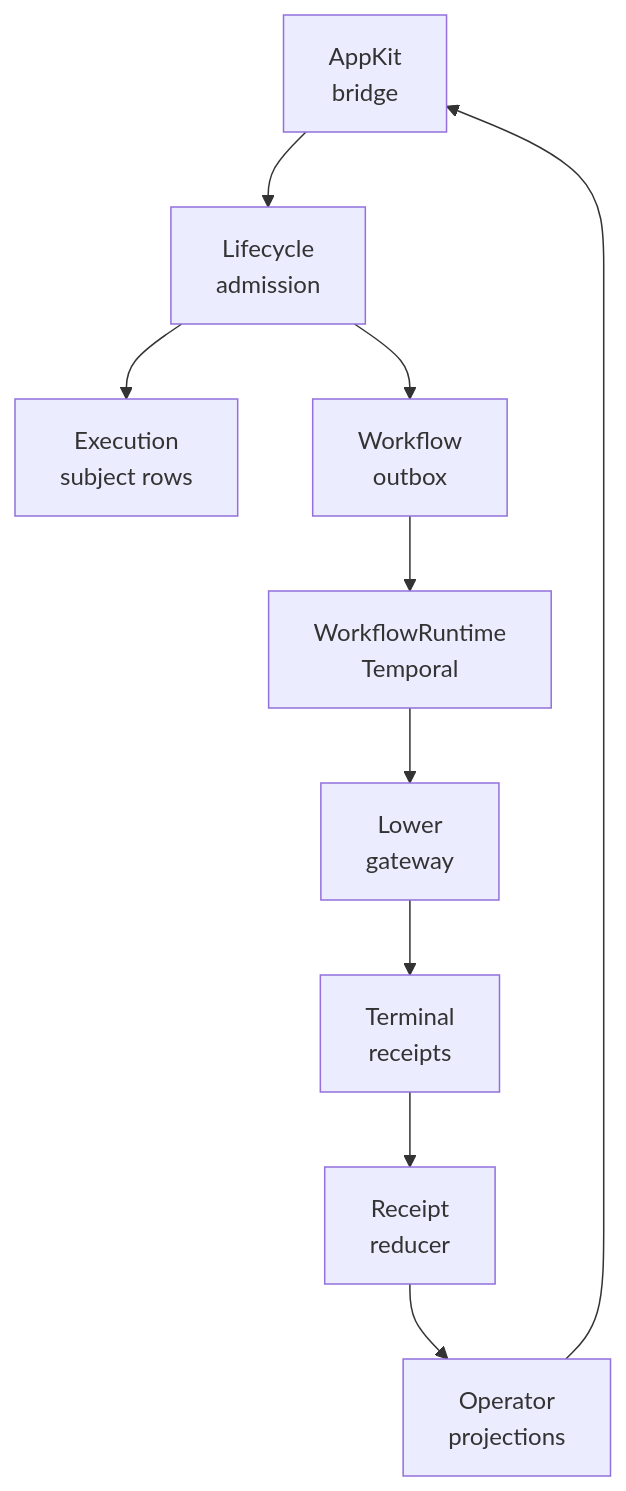
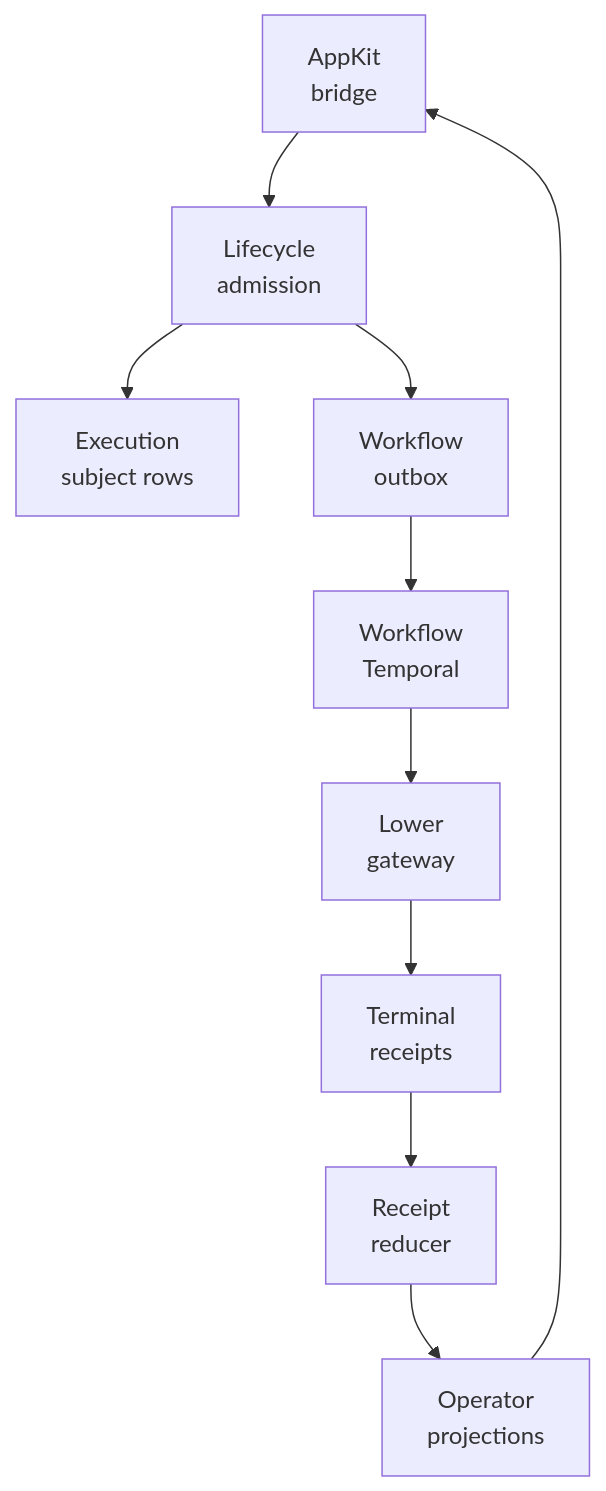
Before and after one commit to nshkrdotcom/mezzanine: the first of 4 diagrams in README.md, drawn with Mermaid. The commit also changed other lines of this file, not shown here.

Commit message:
docs: expand README developer diagrams

````diff
--- a/README.md
+++ b/README.md
@@ -137,12 +137,12 @@
 ```mermaid
 flowchart TD
   AppKit["AppKit<br/>bridge"] --> Admission["Lifecycle<br/>admission"]
   Admission --> Ledger["Execution<br/>subject rows"]
   Admission --> Outbox["Workflow<br/>outbox"]
-  Outbox --> Temporal["WorkflowRuntime<br/>Temporal"]
+  Outbox --> Temporal["Workflow<br/>Temporal"]
   Temporal --> Lower["Lower<br/>gateway"]
   Lower --> Receipts["Terminal<br/>receipts"]
   Receipts --> Reducer["Receipt<br/>reducer"]
   Reducer --> Projections["Operator<br/>projections"]
   Projections --> AppKit
 ```
````
